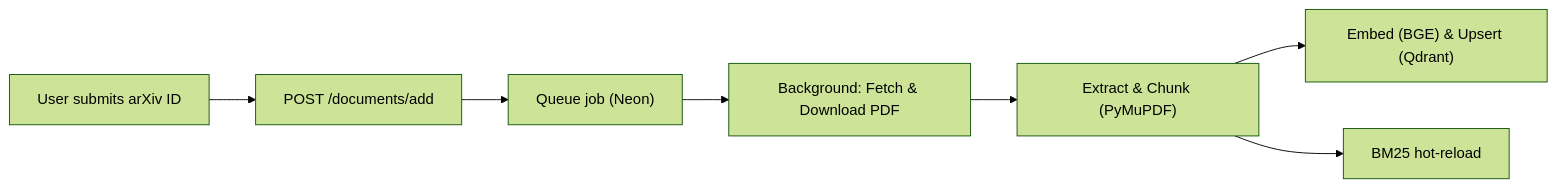
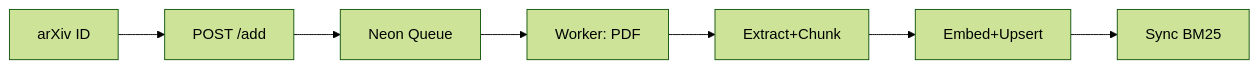
Before and after one commit to HimasagarU/Arxiv-RAG-Assistant: the fifth of 7 diagrams in ARCHITECTURE.md, drawn with Mermaid (forest theme). The commit also changed other lines of this file and 17 other files, not shown here.

Commit message:
feat: finalize scientific RAG pipeline, enhance architectural documentation, and add internal flowcharts

````diff
--- a/ARCHITECTURE.md
+++ b/ARCHITECTURE.md
@@ -153,9 +130,9 @@
 ```mermaid
 flowchart LR
-    A["User submits arXiv ID"] --> B["POST /documents/add"]
-    B --> C["Queue job (Neon)"]
-    C --> D["Background: Fetch & Download PDF"]
-    D --> E["Extract & Chunk (PyMuPDF)"]
-    E --> F["Embed (BGE) & Upsert (Qdrant)"]
-    E --> G["BM25 hot-reload"]
+    ID[arXiv ID] --> POST[POST /add]
+    POST --> Q[Neon Queue]
+    Q --> B[Worker: PDF]
+    B --> C[Extract+Chunk]
+    C --> E[Embed+Upsert]
+    E --> S[Sync BM25]
 ```
````
